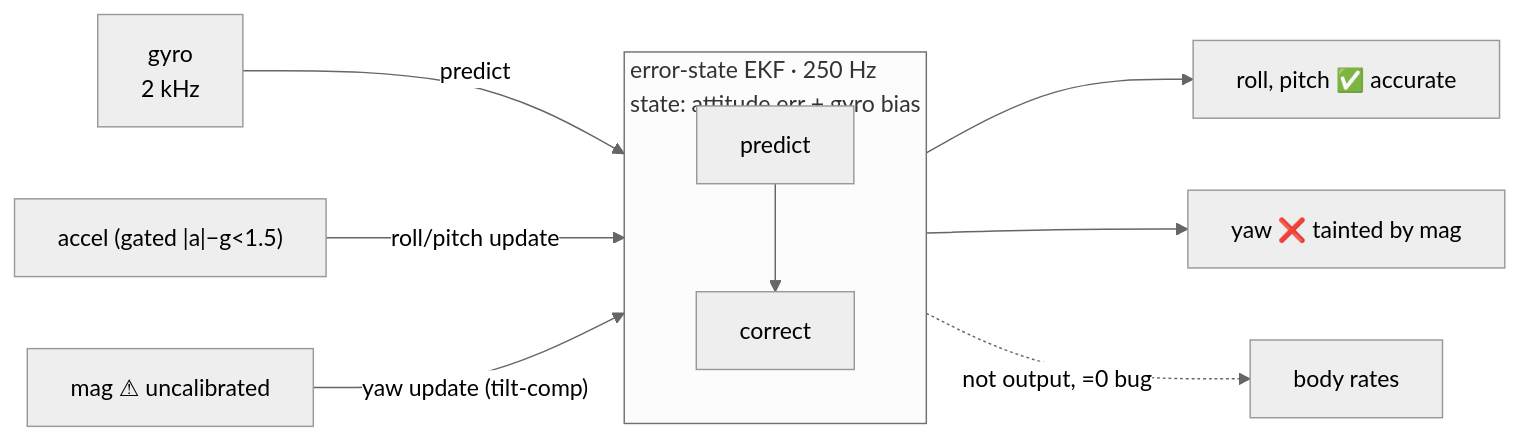
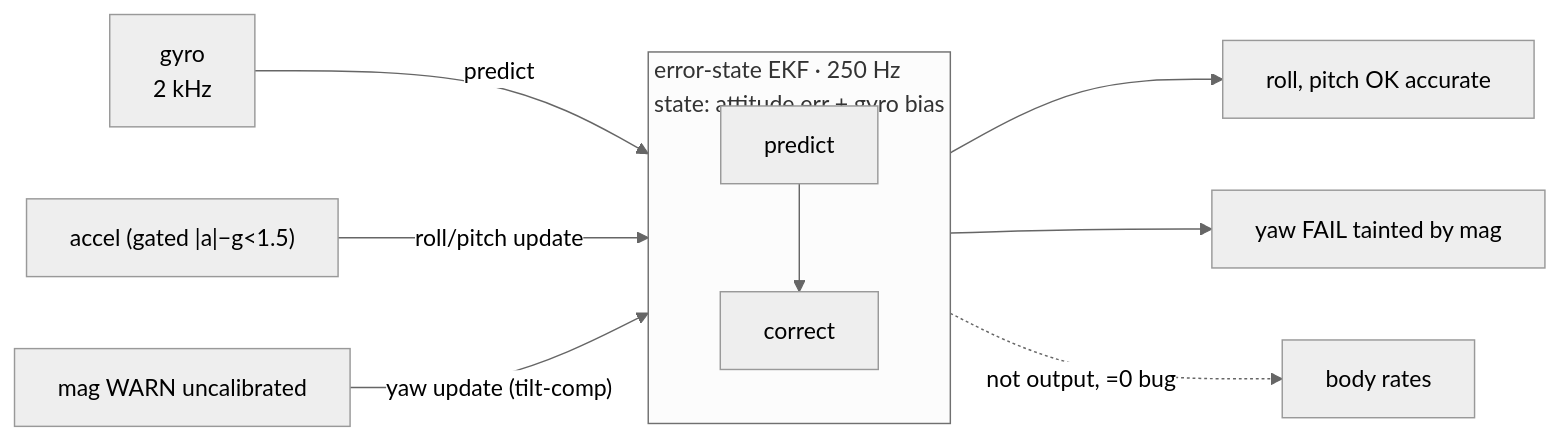
The diagram in docs/log-analysis/20260617-124210/sensor-analysis.md (ragnar-vallhala/vayu), drawn with Mermaid (neutral theme) before and after one commit. The commit also changed other lines of this file and 9 other files, not shown here.

````diff
--- a/docs/log-analysis/20260617-124210/sensor-analysis.md
+++ b/docs/log-analysis/20260617-124210/sensor-analysis.md
@@ -111,12 +111,12 @@
 ```mermaid
 flowchart LR
     GY["gyro<br/>2 kHz"] -->|predict| EKF
     subgraph EKF["error-state EKF · 250 Hz<br/>state: attitude err + gyro bias"]
       P[predict] --> U[correct]
     end
     AC["accel (gated |a|−g&lt;1.5)"] -->|"roll/pitch update"| EKF
-    MG["mag ⚠ uncalibrated"] -->|"yaw update (tilt-comp)"| EKF
-    EKF --> RP["roll, pitch ✅ accurate"]
-    EKF --> YW["yaw ❌ tainted by mag"]
+    MG["mag WARN uncalibrated"] -->|"yaw update (tilt-comp)"| EKF
+    EKF --> RP["roll, pitch OK accurate"]
+    EKF --> YW["yaw FAIL tainted by mag"]
     EKF -.->|"not output, =0 bug"| BR[body rates]
 ```
````
